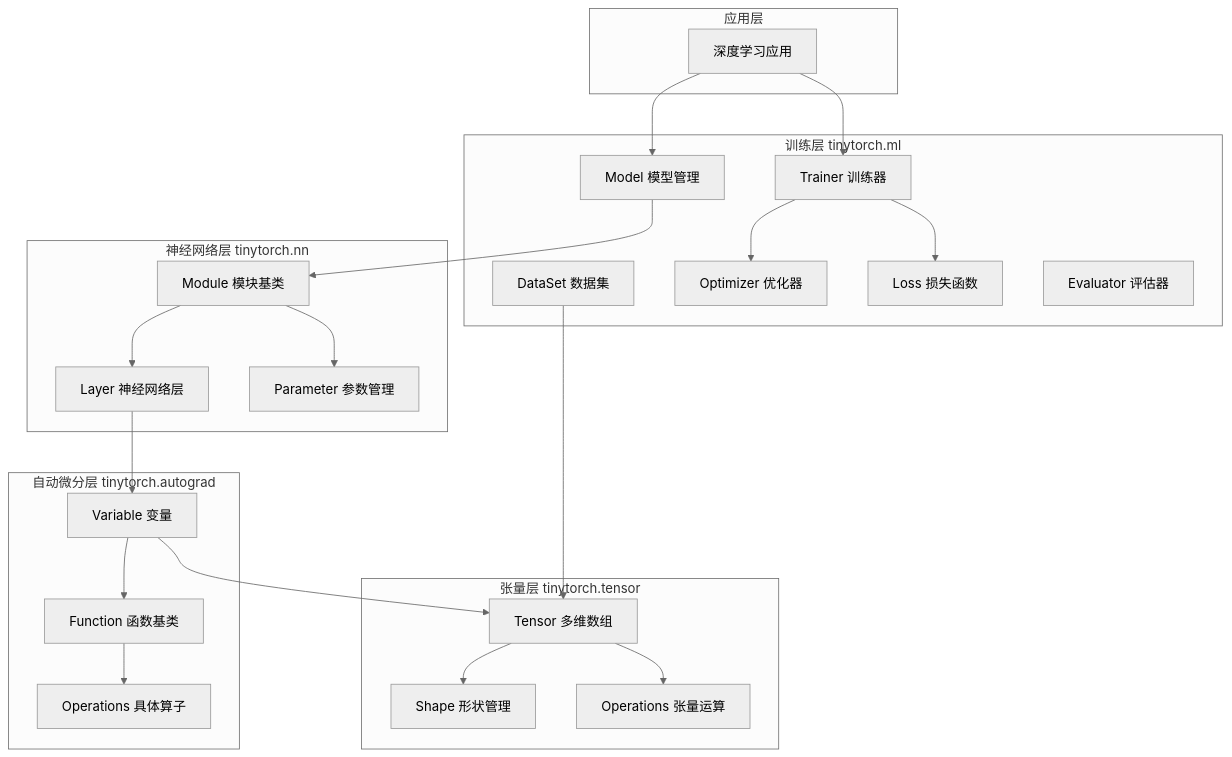
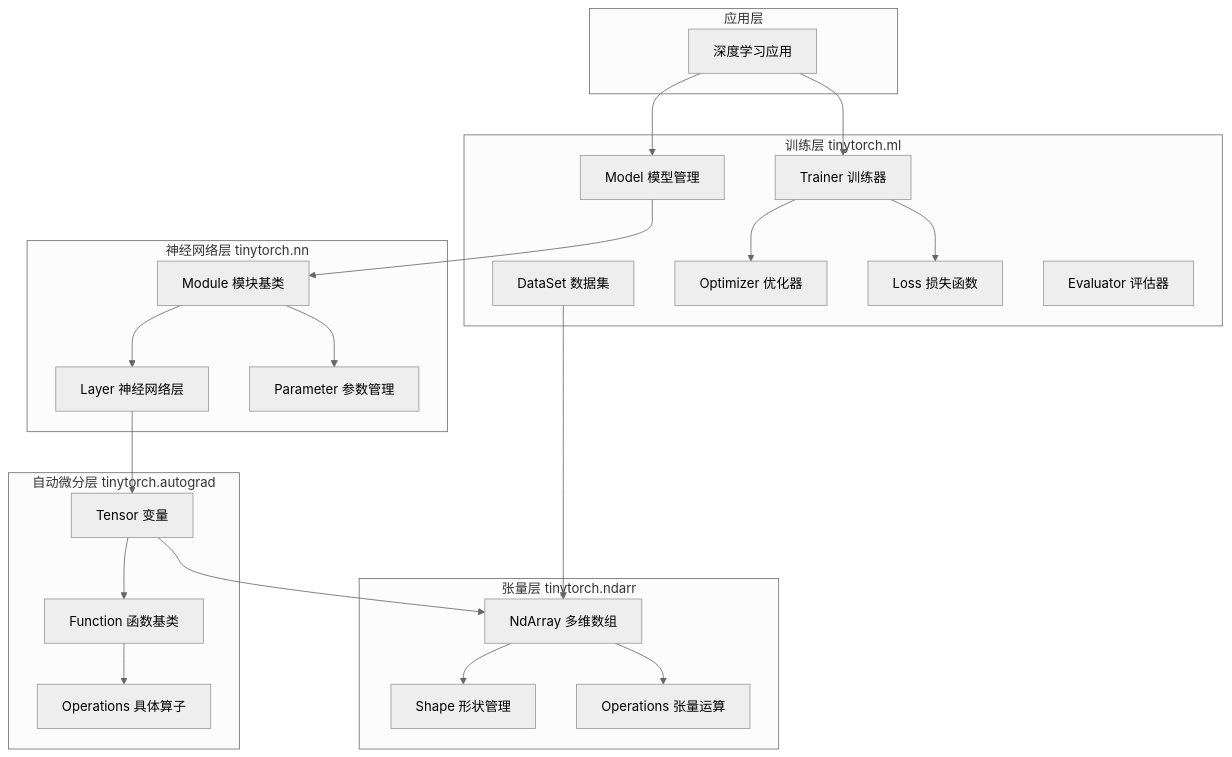
The first of 7 diagrams in docs/方案.md (Leavesfly/tinyTorch), drawn with Mermaid (neutral theme) before and after one commit. The commit also changed other lines of this file and 47 other files, not shown here.

````diff
--- a/docs/方案.md
+++ b/docs/方案.md
@@ -29,52 +29,52 @@
 ```mermaid
 graph TB
     subgraph "应用层"
         APP[深度学习应用]
     end
     
     subgraph "训练层 tinytorch.ml"
         ML_MODEL[Model 模型管理]
         ML_TRAINER[Trainer 训练器]
         ML_DATA[DataSet 数据集]
         ML_OPT[Optimizer 优化器]
         ML_LOSS[Loss 损失函数]
         ML_EVAL[Evaluator 评估器]
     end
     
     subgraph "神经网络层 tinytorch.nn"
         NN_MODULE[Module 模块基类]
         NN_LAYER[Layer 神经网络层]
         NN_PARAM[Parameter 参数管理]
     end
     
     subgraph "自动微分层 tinytorch.autograd"
-        AG_VAR[Variable 变量]
+        AG_VAR[Tensor 变量]
         AG_FUNC[Function 函数基类]
         AG_OPS[Operations 具体算子]
     end
     
-    subgraph "张量层 tinytorch.tensor"
-        TS_TENSOR[Tensor 多维数组]
+    subgraph "张量层 tinytorch.ndarr"
+        TS_TENSOR[NdArray 多维数组]
         TS_SHAPE[Shape 形状管理]
         TS_OPS[Operations 张量运算]
     end
     
     APP --> ML_MODEL
     APP --> ML_TRAINER
     
     ML_MODEL --> NN_MODULE
     ML_TRAINER --> ML_OPT
     ML_TRAINER --> ML_LOSS
     ML_DATA --> TS_TENSOR
     
     NN_MODULE --> NN_LAYER
     NN_MODULE --> NN_PARAM
     NN_LAYER --> AG_VAR
     
     AG_VAR --> AG_FUNC
     AG_FUNC --> AG_OPS
     AG_VAR --> TS_TENSOR
     
     TS_TENSOR --> TS_SHAPE
     TS_TENSOR --> TS_OPS
 ```
````
